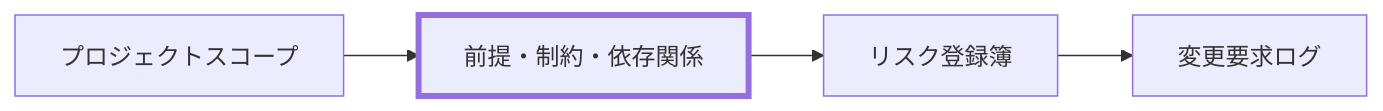
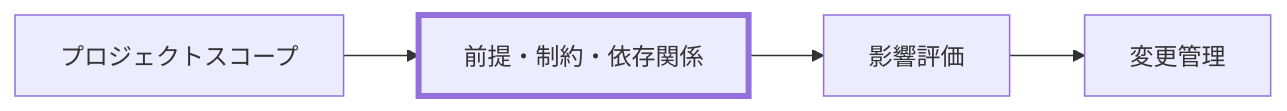
The diagram in docs/ja/specdojo/rulebooks/prj-assumptions-constraints-dependencies-rulebook.md (specdojo/specdojo), drawn with Mermaid before and after one commit. The commit also changed other lines of this file and 5 other files, not shown here.

````diff
--- a/docs/ja/specdojo/rulebooks/prj-assumptions-constraints-dependencies-rulebook.md
+++ b/docs/ja/specdojo/rulebooks/prj-assumptions-constraints-dependencies-rulebook.md
@@ -31,12 +34,12 @@
 ```mermaid
 flowchart LR
-  PSC["プロジェクトスコープ"]
+  SCOPE["プロジェクトスコープ"]
   ACD["前提・制約・依存関係"]
-  RSK["リスク登録簿"]
-  CRL["変更要求ログ"]
+  IMPACT["影響評価"]
+  CHANGE["変更管理"]
 
-  PSC --> ACD --> RSK --> CRL
+  SCOPE --> ACD --> IMPACT --> CHANGE
 
   classDef target stroke-width:4px
   class ACD target
 ```
````
